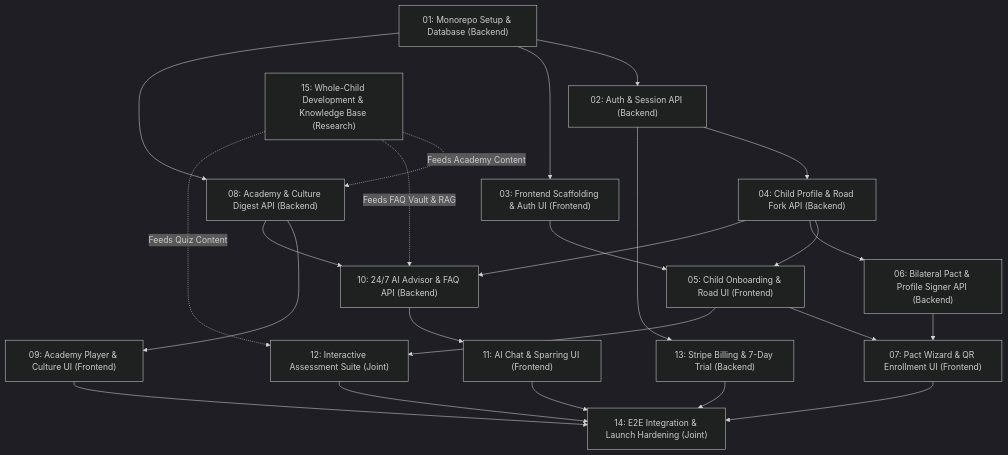
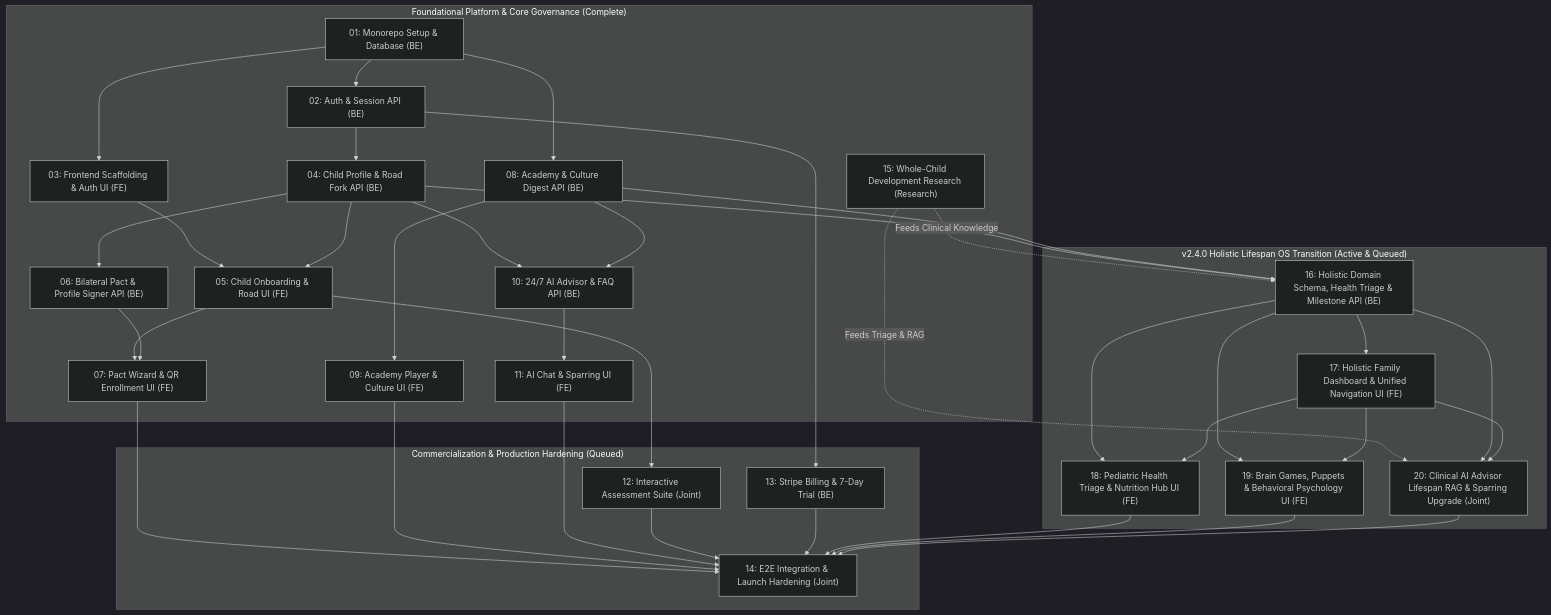
Before and after one commit to Souheil007/AlongSide: the diagram in plans/README.md, drawn with Mermaid (dark theme). The commit also changed other lines of this file and 14 other files, not shown here.

````diff
--- a/plans/README.md
+++ b/plans/README.md
@@ -12,43 +17,68 @@
 ```mermaid
 graph TD
-    P01["01: Monorepo Setup & Database (Backend)"]
-    P02["02: Auth & Session API (Backend)"]
-    P03["03: Frontend Scaffolding & Auth UI (Frontend)"]
-    P04["04: Child Profile & Road Fork API (Backend)"]
-    P05["05: Child Onboarding & Road UI (Frontend)"]
-    P06["06: Bilateral Pact & Profile Signer API (Backend)"]
-    P07["07: Pact Wizard & QR Enrollment UI (Frontend)"]
-    P08["08: Academy & Culture Digest API (Backend)"]
-    P09["09: Academy Player & Culture UI (Frontend)"]
-    P10["10: 24/7 AI Advisor & FAQ API (Backend)"]
-    P11["11: AI Chat & Sparring UI (Frontend)"]
-    P12["12: Interactive Assessment Suite (Joint)"]
-    P13["13: Stripe Billing & 7-Day Trial (Backend)"]
-    P14["14: E2E Integration & Launch Hardening (Joint)"]
-    P15["15: Whole-Child Development & Knowledge Base (Research)"]
+    subgraph FoundationalAndCore ["Foundational Platform & Core Governance (Complete)"]
+        P01["01: Monorepo Setup & Database (BE)"]
+        P02["02: Auth & Session API (BE)"]
+        P03["03: Frontend Scaffolding & Auth UI (FE)"]
+        P04["04: Child Profile & Road Fork API (BE)"]
+        P05["05: Child Onboarding & Road UI (FE)"]
+        P06["06: Bilateral Pact & Profile Signer API (BE)"]
+        P07["07: Pact Wizard & QR Enrollment UI (FE)"]
+        P08["08: Academy & Culture Digest API (BE)"]
+        P09["09: Academy Player & Culture UI (FE)"]
+        P10["10: 24/7 AI Advisor & FAQ API (BE)"]
+        P11["11: AI Chat & Sparring UI (FE)"]
+        P15["15: Whole-Child Development Research (Research)"]
+    end
 
-    P15 -. "Feeds Academy Content" .-> P08
-    P15 -. "Feeds FAQ Vault & RAG" .-> P10
-    P15 -. "Feeds Quiz Content" .-> P12
+    subgraph HolisticLifespanShift ["v2.4.0 Holistic Lifespan OS Transition (Active & Queued)"]
+        P16["16: Holistic Domain Schema, Health Triage & Milestone API (BE)"]
+        P17["17: Holistic Family Dashboard & Unified Navigation UI (FE)"]
+        P18["18: Pediatric Health Triage & Nutrition Hub UI (FE)"]
+        P19["19: Brain Games, Puppets & Behavioral Psychology UI (FE)"]
+        P20["20: Clinical AI Advisor Lifespan RAG & Sparring Upgrade (Joint)"]
+    end
+
+    subgraph CommercialAndHardening ["Commercialization & Production Hardening (Queued)"]
+        P12["12: Interactive Assessment Suite (Joint)"]
+        P13["13: Stripe Billing & 7-Day Trial (BE)"]
+        P14["14: E2E Integration & Launch Hardening (Joint)"]
+    end
 
     P01 --> P02
     P01 --> P03
     P01 --> P08
     P02 --> P04
     P02 --> P13
     P03 --> P05
     P04 --> P05
     P04 --> P06
     P04 --> P10
     P05 --> P07
     P05 --> P12
     P06 --> P07
     P08 --> P09
     P08 --> P10
     P10 --> P11
+    P15 -. "Feeds Clinical Knowledge" .-> P16
+    P15 -. "Feeds Triage & RAG" .-> P20
+
+    P04 --> P16
+    P08 --> P16
+    P16 --> P17
+    P16 --> P18
+    P16 --> P19
+    P16 --> P20
+    P17 --> P18
+    P17 --> P19
+    P17 --> P20
+
     P07 --> P14
     P09 --> P14
     P11 --> P14
     P12 --> P14
     P13 --> P14
+    P18 --> P14
+    P19 --> P14
+    P20 --> P14
 ```
````
